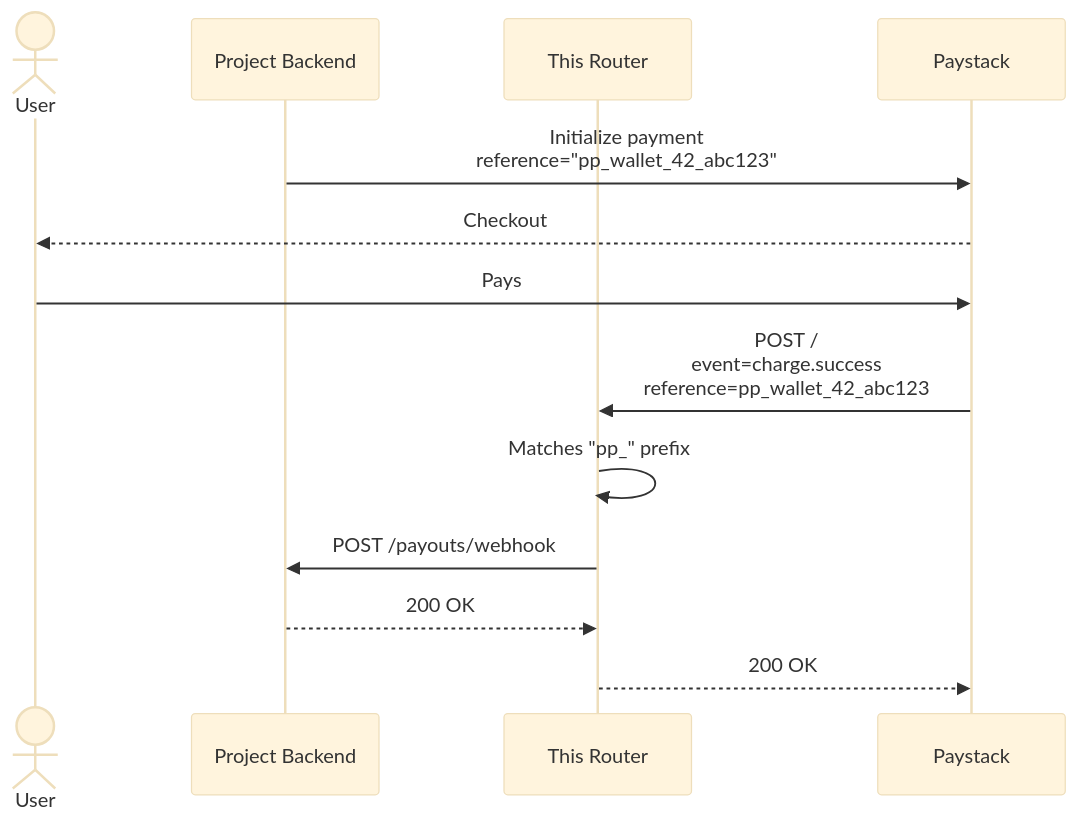
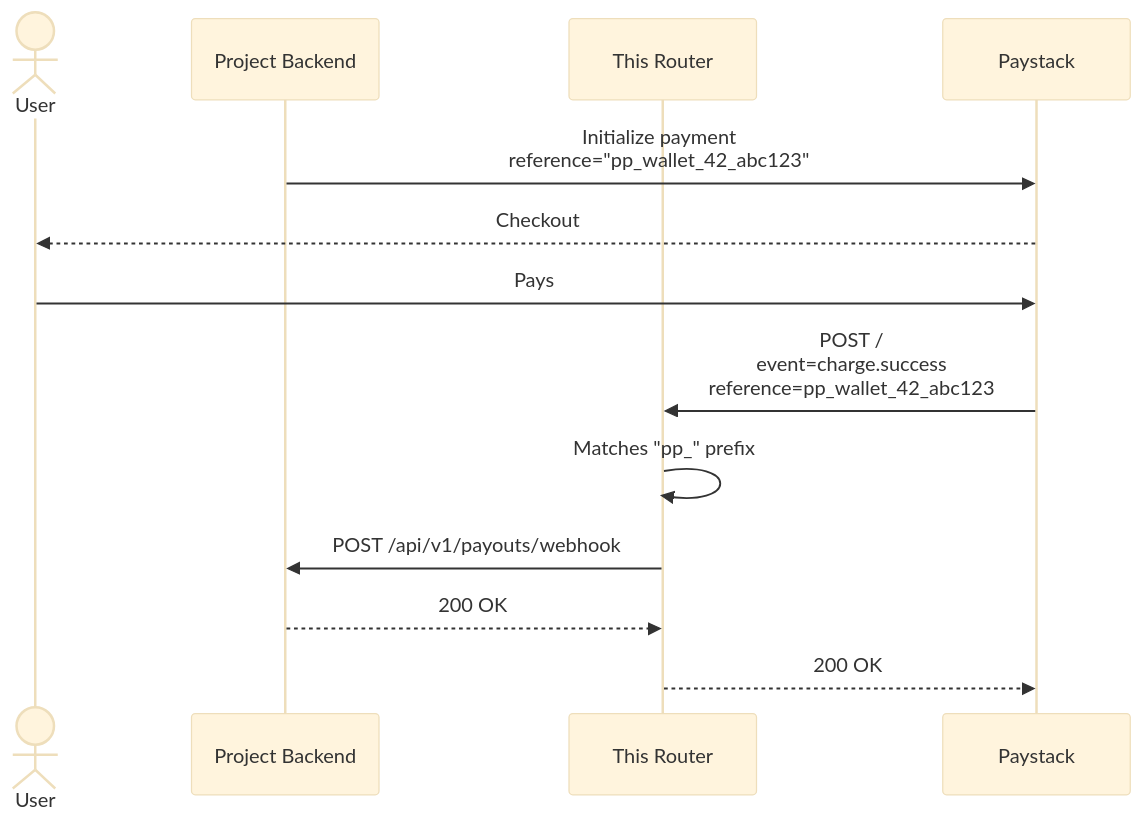
Before and after one commit to Waks01/pagepay: the diagram in paystack-router/README.md, drawn with Mermaid (base theme). The commit also changed other lines of this file and 27 other files, not shown here.

````diff
--- a/paystack-router/README.md
+++ b/paystack-router/README.md
@@ -11,16 +11,16 @@
 ```mermaid
 sequenceDiagram
     actor User
     participant Project as Project Backend
     participant Router as This Router
     participant Paystack
 
     Project->>Paystack: Initialize payment<br/>reference="pp_wallet_42_abc123"
     Paystack-->>User: Checkout
     User->>Paystack: Pays
     Paystack->>Router: POST /<br/>event=charge.success<br/>reference=pp_wallet_42_abc123
     Router->>Router: Matches "pp_" prefix
-    Router->>Project: POST /payouts/webhook
+    Router->>Project: POST /api/v1/payouts/webhook
     Project-->>Router: 200 OK
     Router-->>Paystack: 200 OK
 ```
````
